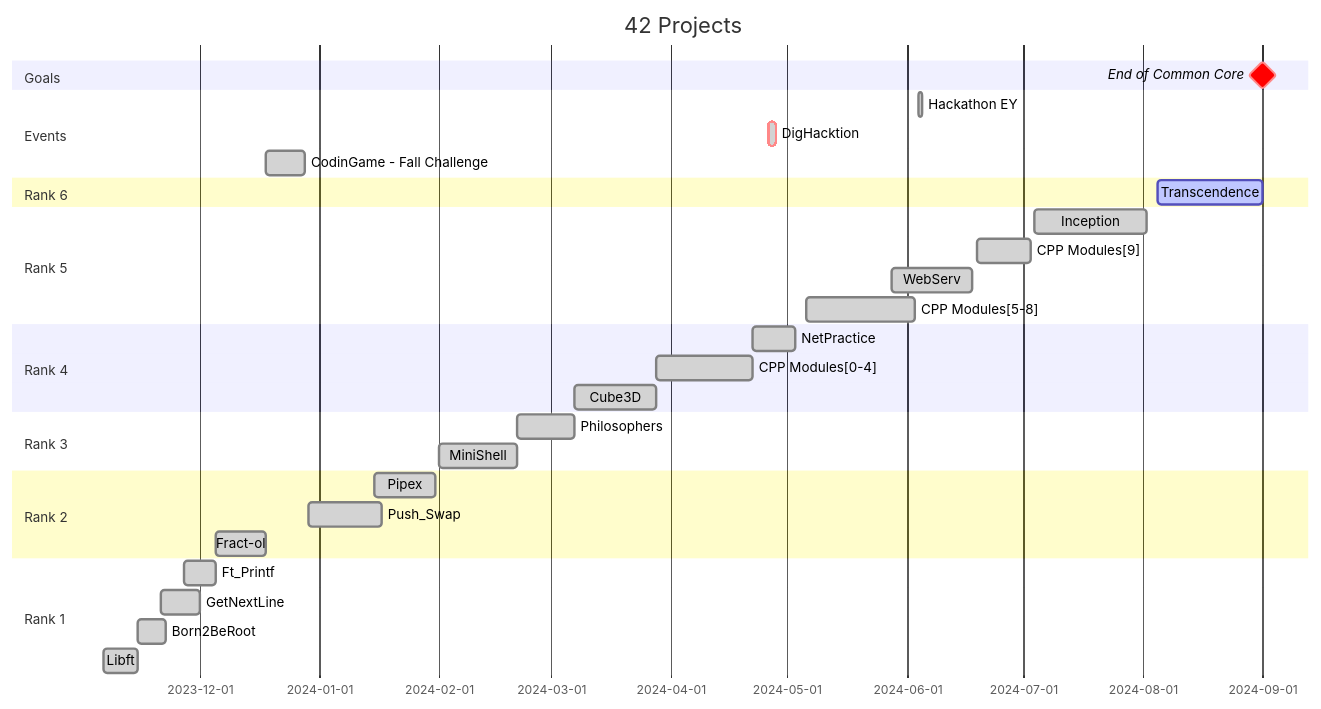
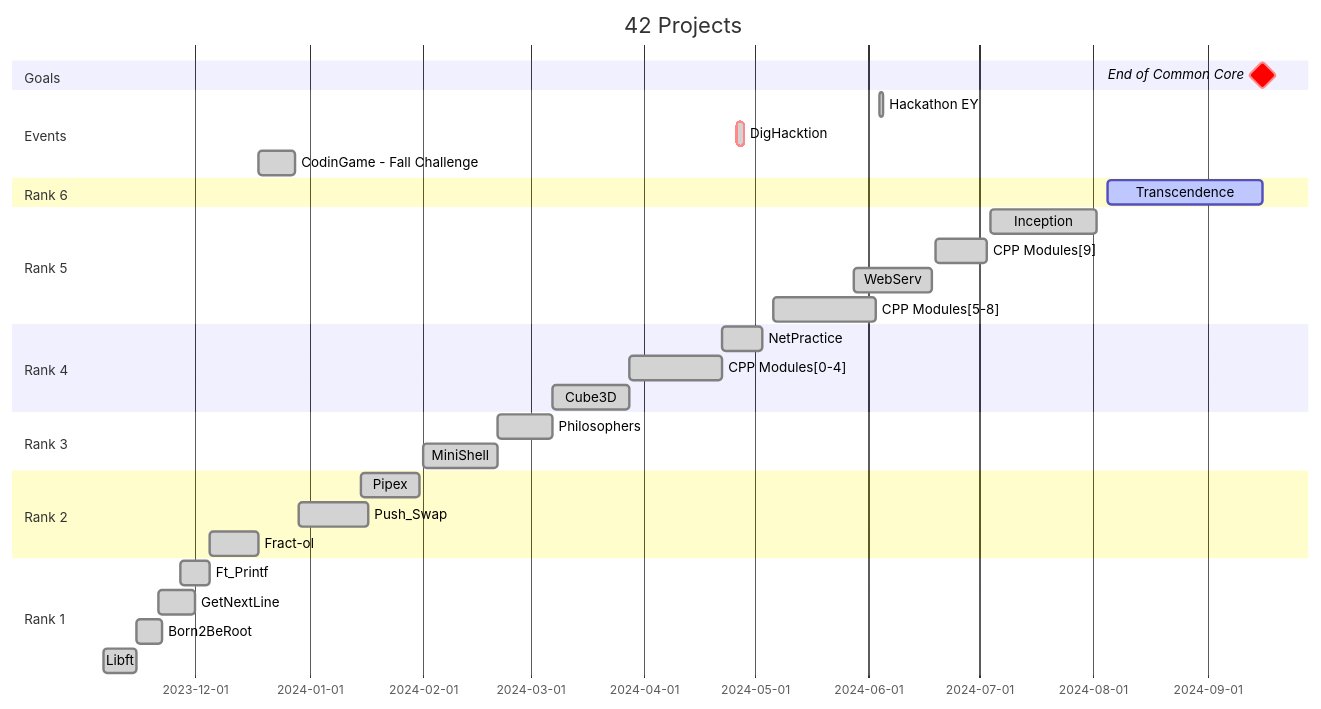
One commit to Tablerase/42_Projects changed the diagram in README.md. Above: the diagram before and after it, drawn with Mermaid.

Commit message:
feat: update gantt diagram

````diff
--- a/README.md
+++ b/README.md
@@ -77,42 +77,42 @@
 ```mermaid
 gantt
     title 42 Projects
     dateFormat  YYYY-MM-DD
 
     section Goals
-    End of Common Core : milestone, crit, m1, 2024-09-01, 1m
+    End of Common Core : milestone, crit, m1, 2024-09-16, 1m
 
     section Events
     Hackathon EY : done, 2024-06-04, 2024-06-05
     DigHacktion : crit, done, 2024-04-26, 2024-04-28
     CodinGame - Fall Challenge : done, 2023-12-18, 2023-12-28
 
     section Rank 6
-    Transcendence : active, 2024-08-05, 2024-09-01
+    Transcendence : active, 2024-08-05, 6w
 
     section Rank 5
     Inception : done, 2024-07-04, 2024-08-02
     CPP Modules[9] : done, 2024-06-19, 2024-07-03
     WebServ : done, 2024-05-28, 2024-06-18
     CPP Modules[5-8] : done, 2024-05-06, 4w
 
     section Rank 4
     NetPractice : done, 2024-04-22, 2024-05-03
     CPP Modules[0-4] : done, 2024-03-28, 2024-04-22
     Cube3D :done, 2024-03-07, 2024-03-28
   
     section Rank 3
     Philosophers :done, 2024-02-21, 2024-03-07
     MiniShell :done, 2024-02-01, 2024-02-21
 
     section Rank 2
     Pipex :done, 2024-01-15, 2024-01-31
     Push_Swap :done, 2023-12-29, 2024-01-17
     Fract-ol :done, 2023-12-05, 2023-12-18
 
     section Rank 1
     Ft_Printf :done, 2023-11-27, 2023-12-05
     GetNextLine :done, 2023-11-21, 2023-12-01
     Born2BeRoot :done, 2023-11-15, 2023-11-22
     Libft :done, 2023-11-06, 2023-11-15
 ```
````
